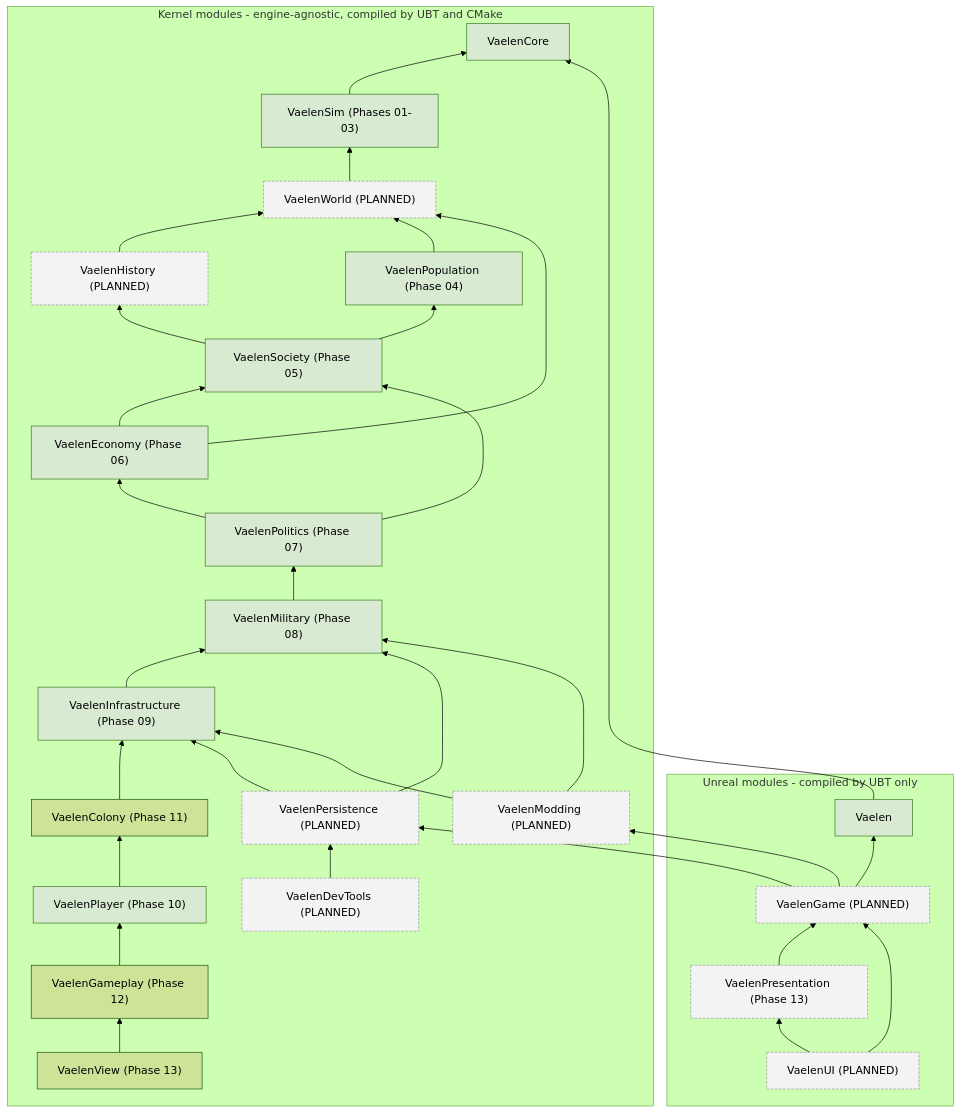
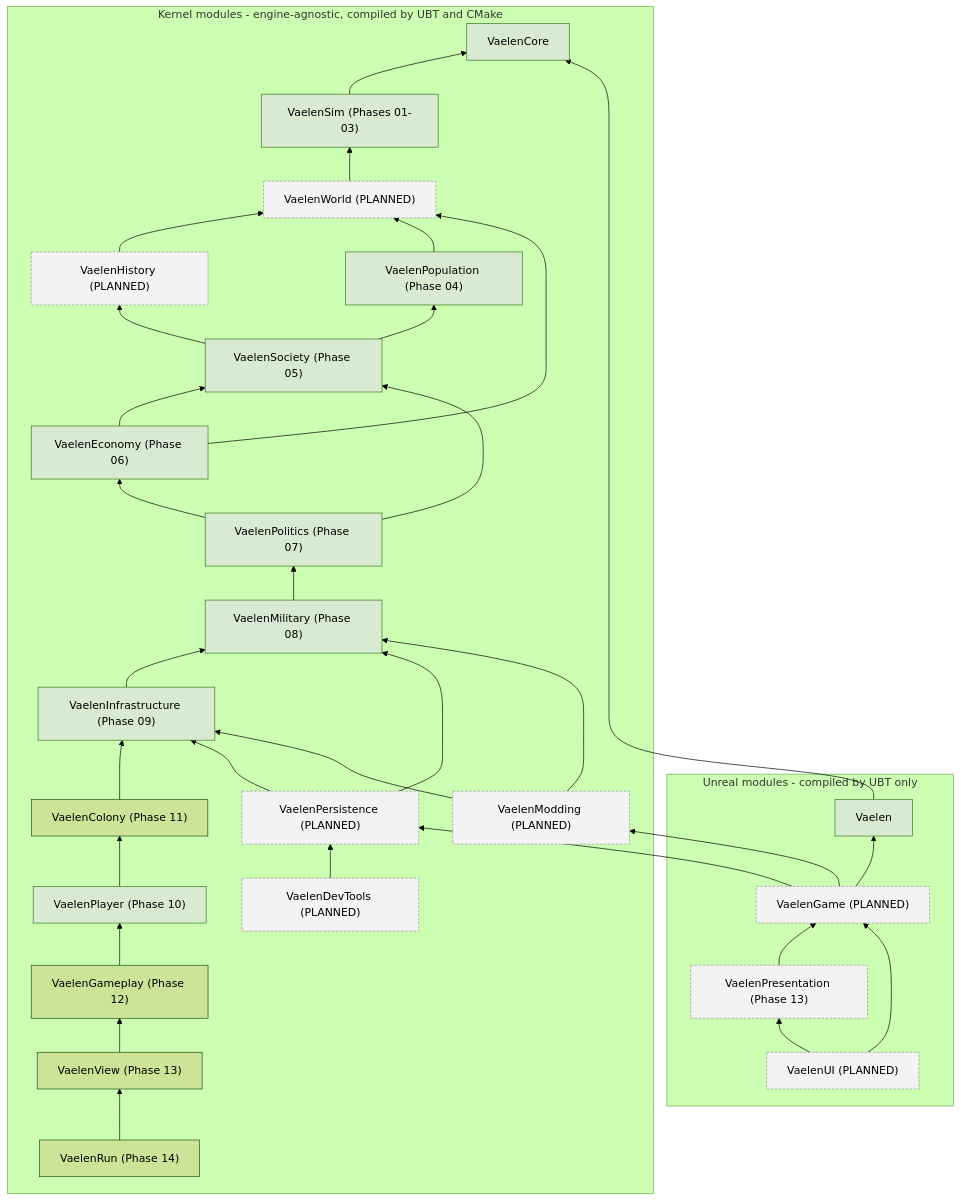
Before and after one commit to Thomas10112/vaelen: the second of 2 diagrams in Docs/ARCHITECTURE.md, drawn with Mermaid (forest theme). The commit also changed other lines of this file and 24 other files, not shown here.

````diff
--- a/Docs/ARCHITECTURE.md
+++ b/Docs/ARCHITECTURE.md
@@ -179,63 +181,65 @@
 ```mermaid
 flowchart BT
     subgraph Kernel["Kernel modules - engine-agnostic, compiled by UBT and CMake"]
         Core["VaelenCore"]
         Sim["VaelenSim (Phases 01-03)"]
         World["VaelenWorld (PLANNED)"]
         History["VaelenHistory (PLANNED)"]
         Population["VaelenPopulation (Phase 04)"]
         Society["VaelenSociety (Phase 05)"]
         Economy["VaelenEconomy (Phase 06)"]
         Politics["VaelenPolitics (Phase 07)"]
         Military["VaelenMilitary (Phase 08)"]
         Infrastructure["VaelenInfrastructure (Phase 09)"]
         ColonyMod["VaelenColony (Phase 11)"]
         PlayerMod["VaelenPlayer (Phase 10)"]
         GameplayMod["VaelenGameplay (Phase 12)"]
         ViewMod["VaelenView (Phase 13)"]
+        RunMod["VaelenRun (Phase 14)"]
         Persistence["VaelenPersistence (PLANNED)"]
         DevTools["VaelenDevTools (PLANNED)"]
         Modding["VaelenModding (PLANNED)"]
     end
     subgraph Unreal["Unreal modules - compiled by UBT only"]
         Bridge["Vaelen"]
         Game["VaelenGame (PLANNED)"]
         Presentation["VaelenPresentation (Phase 13)"]
         UI["VaelenUI (PLANNED)"]
     end
 
     Sim --> Core
     World --> Sim
     History --> World
     Population --> World
     Society --> Population
     Society --> History
     Economy --> Society
     Economy --> World
     Politics --> Society
     Politics --> Economy
     Military --> Politics
     Infrastructure --> Military
     ColonyMod --> Infrastructure
     PlayerMod --> ColonyMod
     GameplayMod --> PlayerMod
     ViewMod --> GameplayMod
+    RunMod --> ViewMod
     Persistence --> Military
     Persistence --> Infrastructure
     DevTools --> Persistence
     Modding --> Infrastructure
     Modding --> Military
 
     Bridge --> Core
     Game --> Bridge
     Game --> Persistence
     Game --> Modding
     Presentation --> Game
     UI --> Presentation
     UI --> Game
 
     classDef existing fill:#d9ead3,stroke:#38761d,color:#000;
     classDef planned fill:#f3f3f3,stroke:#999,color:#000,stroke-dasharray: 4 2;
     class Core,Bridge,Sim,Population,Society,Economy,Politics,Military,Infrastructure,PlayerMod existing;
     class World,History,Persistence,DevTools,Modding,Game,Presentation,UI planned;
 ```
````
